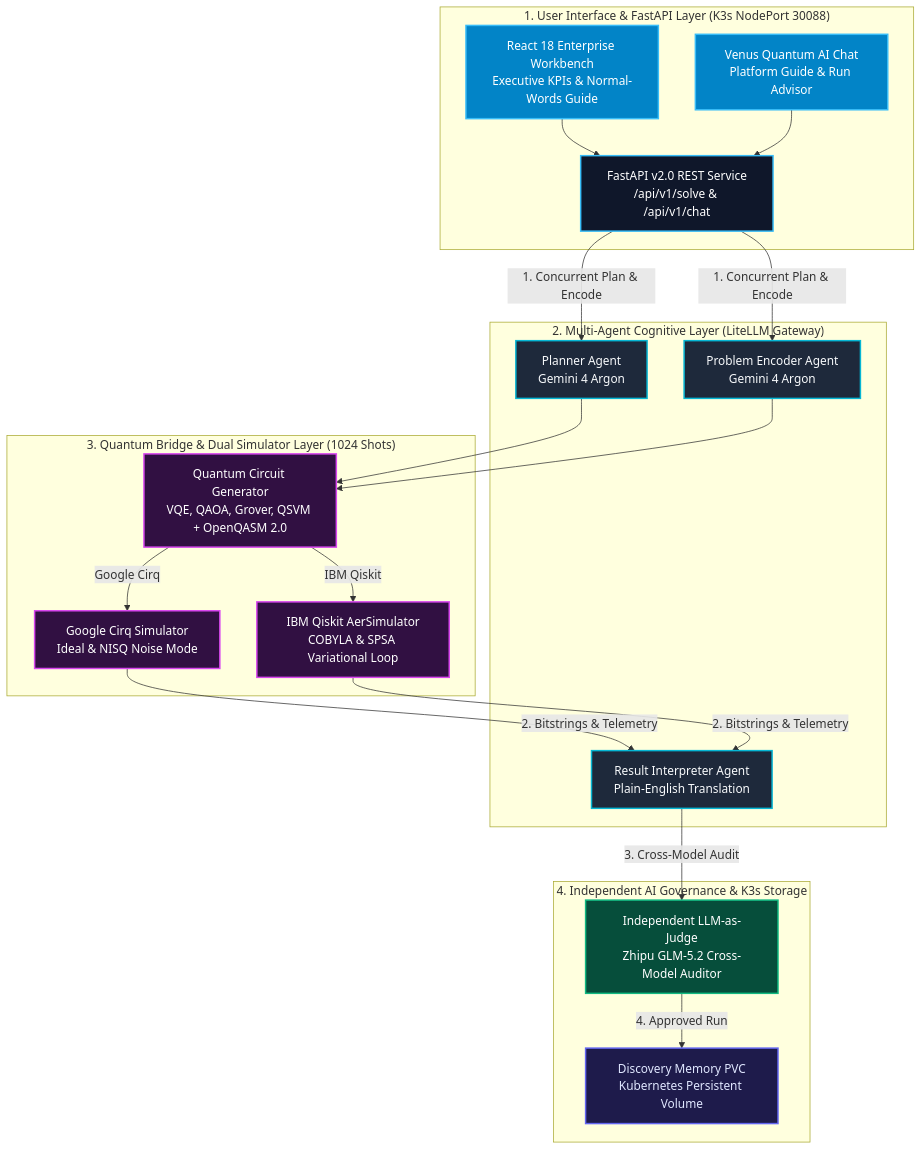
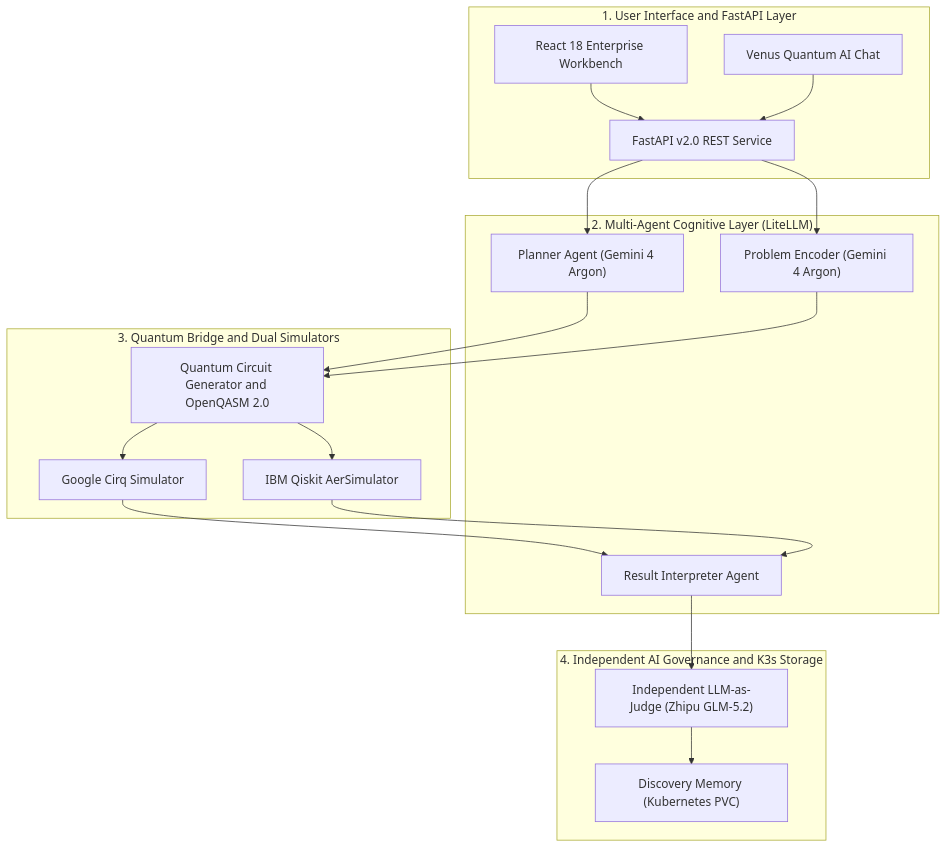
The second of 3 diagrams in README.md (AI-Governance-Lab/governed-quantum-agents), drawn with Mermaid before and after one commit. The commit also changed other lines of this file, not shown here.

Commit message:
fix(readme): remove HTML br and ampersands in Mermaid for Chrome GitHub viewscreen

````diff
--- a/README.md
+++ b/README.md
@@ -147,50 +136,38 @@
 ```mermaid
-flowchart TB
-    subgraph ClientLayer ["1. User Interface & FastAPI Layer (K3s NodePort 30088)"]
-        UI["React 18 Enterprise Workbench<br/>Executive KPIs & Normal-Words Guide"]
-        ChatUI["Venus Quantum AI Chat<br/>Platform Guide & Run Advisor"]
-        REST["FastAPI v2.0 REST Service<br/>/api/v1/solve & /api/v1/chat"]
+graph TD
+    subgraph ClientLayer["1. User Interface and FastAPI Layer"]
+        UI["React 18 Enterprise Workbench"]
+        ChatUI["Venus Quantum AI Chat"]
+        REST["FastAPI v2.0 REST Service"]
     end
 
-    subgraph AgentLayer ["2. Multi-Agent Cognitive Layer (LiteLLM Gateway)"]
-        Planner["Planner Agent<br/>Gemini 4 Argon"]
-        Encoder["Problem Encoder Agent<br/>Gemini 4 Argon"]
-        Interp["Result Interpreter Agent<br/>Plain-English Translation"]
+    subgraph AgentLayer["2. Multi-Agent Cognitive Layer (LiteLLM)"]
+        Planner["Planner Agent (Gemini 4 Argon)"]
+        Encoder["Problem Encoder (Gemini 4 Argon)"]
+        Interp["Result Interpreter Agent"]
     end
 
-    subgraph QuantumLayer ["3. Quantum Bridge & Dual Simulator Layer (1024 Shots)"]
-        Bridge["Quantum Circuit Generator<br/>VQE, QAOA, Grover, QSVM + OpenQASM 2.0"]
-        CirqSim["Google Cirq Simulator<br/>Ideal & NISQ Noise Mode"]
-        QiskitSim["IBM Qiskit AerSimulator<br/>COBYLA & SPSA Variational Loop"]
+    subgraph QuantumLayer["3. Quantum Bridge and Dual Simulators"]
+        Bridge["Quantum Circuit Generator and OpenQASM 2.0"]
+        CirqSim["Google Cirq Simulator"]
+        QiskitSim["IBM Qiskit AerSimulator"]
     end
 
-    subgraph GovLayer ["4. Independent AI Governance & K3s Storage"]
-        Judge["Independent LLM-as-Judge<br/>Zhipu GLM-5.2 Cross-Model Auditor"]
-        Memory["Discovery Memory PVC<br/>Kubernetes Persistent Volume"]
+    subgraph GovLayer["4. Independent AI Governance and K3s Storage"]
+        Judge["Independent LLM-as-Judge (Zhipu GLM-5.2)"]
+        Memory["Discovery Memory (Kubernetes PVC)"]
     end
 
     UI --> REST
     ChatUI --> REST
-    REST -->|"1. Concurrent Plan & Encode"| Planner
-    REST -->|"1. Concurrent Plan & Encode"| Encoder
+    REST --> Planner
+    REST --> Encoder
     Planner --> Bridge
     Encoder --> Bridge
-    Bridge -->|"Google Cirq"| CirqSim
-    Bridge -->|"IBM Qiskit"| QiskitSim
-    CirqSim -->|"2. Bitstrings & Telemetry"| Interp
-    QiskitSim -->|"2. Bitstrings & Telemetry"| Interp
-    Interp -->|"3. Cross-Model Audit"| Judge
-    Judge -->|"4. Approved Run"| Memory
-
-    style UI fill:#0284c7,stroke:#38bdf8,stroke-width:2px,color:#ffffff
-    style ChatUI fill:#0284c7,stroke:#38bdf8,stroke-width:2px,color:#ffffff
-    style REST fill:#0f172a,stroke:#38bdf8,stroke-width:2px,color:#ffffff
-    style Planner fill:#1e293b,stroke:#06b6d4,stroke-width:2px,color:#f8fafc
-    style Encoder fill:#1e293b,stroke:#06b6d4,stroke-width:2px,color:#f8fafc
-    style Interp fill:#1e293b,stroke:#06b6d4,stroke-width:2px,color:#f8fafc
-    style Bridge fill:#311042,stroke:#d946ef,stroke-width:2px,color:#ffffff
-    style CirqSim fill:#311042,stroke:#d946ef,stroke-width:2px,color:#ffffff
-    style QiskitSim fill:#311042,stroke:#d946ef,stroke-width:2px,color:#ffffff
-    style Judge fill:#064e3b,stroke:#10b981,stroke-width:2px,color:#ffffff
-    style Memory fill:#1e1b4b,stroke:#6366f1,stroke-width:2px,color:#e0e7ff
+    Bridge --> CirqSim
+    Bridge --> QiskitSim
+    CirqSim --> Interp
+    QiskitSim --> Interp
+    Interp --> Judge
+    Judge --> Memory
 ```
````
